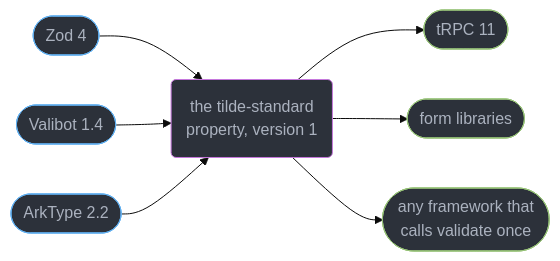
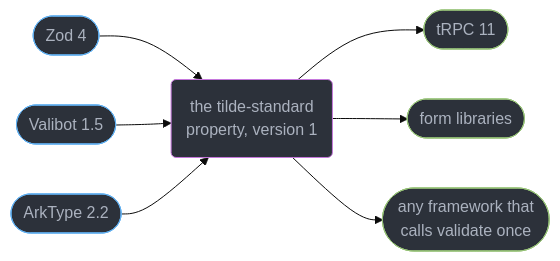
The third of 6 diagrams in src/main/java/com/rutik/systemdesign/typescript/runtime_validation_and_parse_dont_validate/runtime_validation_and_parse_dont_validate.md (rppol/system-design), drawn with Mermaid (base theme) before and after one commit. The commit also changed other lines of this file and 655 other files, not shown here.

````diff
--- a/src/main/java/com/rutik/systemdesign/typescript/runtime_validation_and_parse_dont_validate/runtime_validation_and_parse_dont_validate.md
+++ b/src/main/java/com/rutik/systemdesign/typescript/runtime_validation_and_parse_dont_validate/runtime_validation_and_parse_dont_validate.md
@@ -173,15 +173,15 @@
 ```mermaid
 flowchart LR
     classDef src  fill:#2c313a,stroke:#61afef,color:#abb2bf
     classDef step fill:#2c313a,stroke:#c678dd,color:#abb2bf
     classDef ok   fill:#2c313a,stroke:#98c379,color:#abb2bf
     z(["Zod 4"]) --> spec("the tilde-standard<br/>property, version 1")
-    val(["Valibot 1.4"]) --> spec
+    val(["Valibot 1.5"]) --> spec
     ark(["ArkType 2.2"]) --> spec
     spec --> trpc(["tRPC 11"])
     spec --> forms(["form libraries"])
     spec --> rt(["any framework that<br/>calls validate once"])
     class z,val,ark src
     class spec step
     class trpc,forms,rt ok
 ```
````
